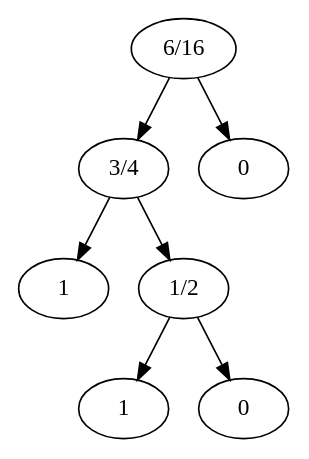
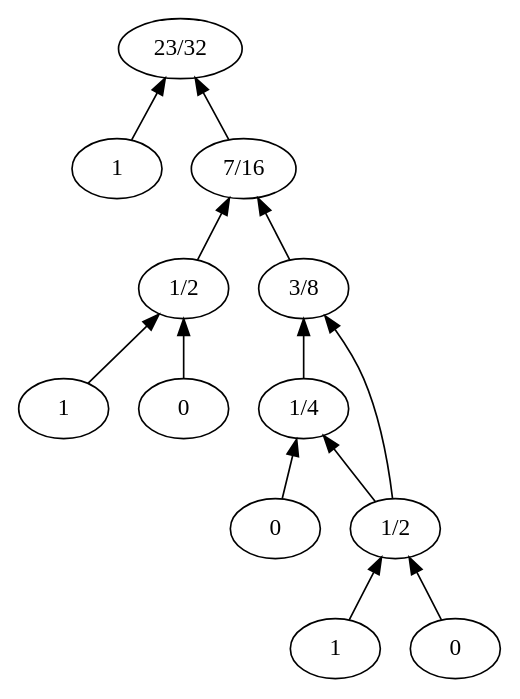
Before and after one commit to iitramar/guiTool: the diagram in GuiTool/image/Gorma/GormaDot.dot, drawn with Graphviz. The commit also changed 86 other files, not shown here.

```diff
--- a/GuiTool/image/Gorma/GormaDot.dot
+++ b/GuiTool/image/Gorma/GormaDot.dot
@@ -1,1 +1,1 @@
-digraph groma{node0 [label="6/16"];node1 [label="3/4"];node3 [label="1"];node4 [label="1/2"];node5 [label="1"];node6 [label="0"];node2 [label="0"];node0 -> node1;node1 -> node3;node1 -> node4;node4 -> node5;node4 -> node6;node0 -> node2;}
+digraph groma{rankdir = BT;node0 [label="23/32"];node1 [label="1"];node2 [label="7/16"];node3 [label="1/2"];node5 [label="1"];node6 [label="0"];node4 [label="3/8"];node11 [label="1/2"];node13 [label="1"];node14 [label="0"];node8 [label="1/4"];node12 [label="0"];node1 -> node0;node2 -> node0;node3 -> node2;node5 -> node3;node6 -> node3;node4 -> node2;node11 -> node4;node13 -> node11;node14 -> node11;node8 -> node4;node11 -> node8;node12 -> node8;}
```
